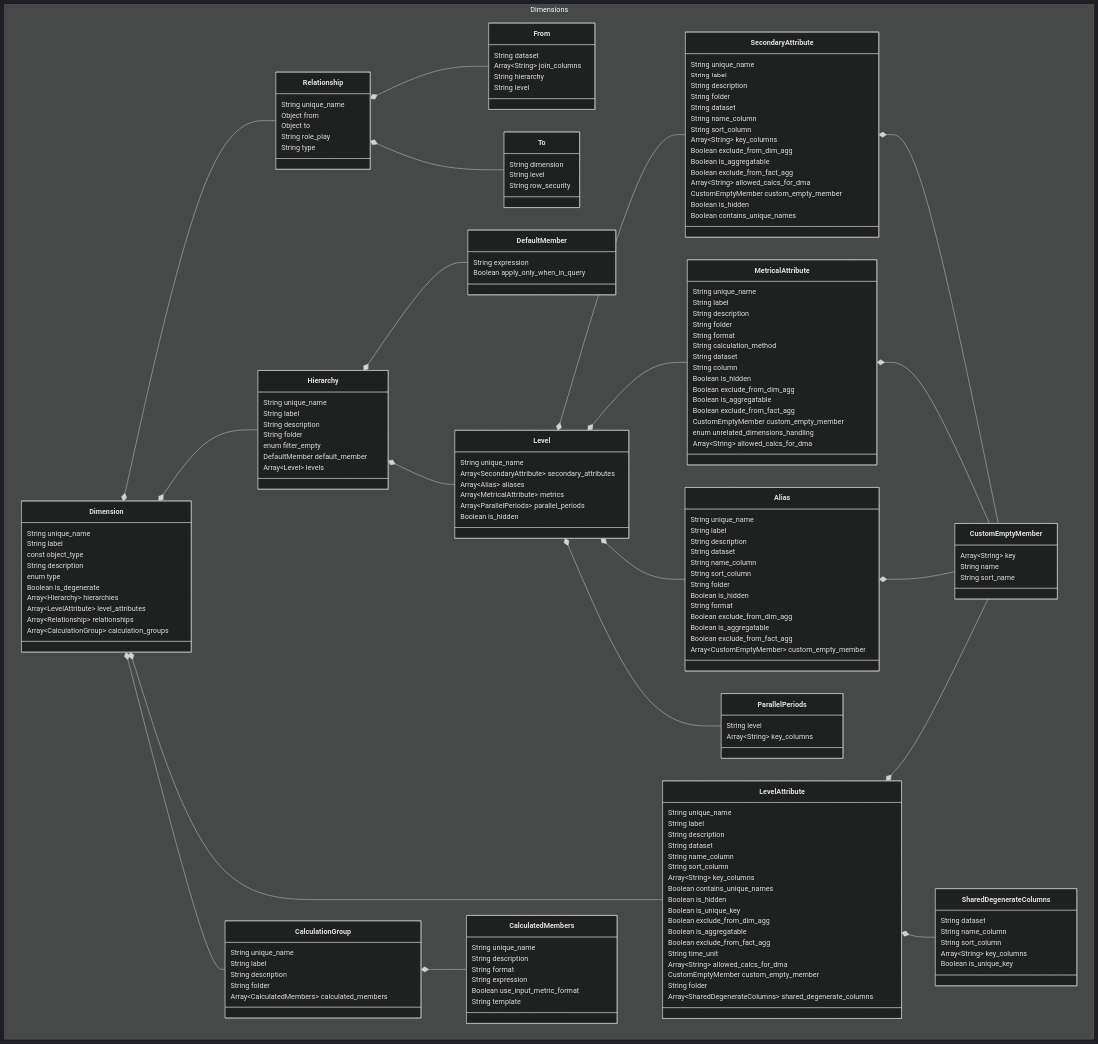
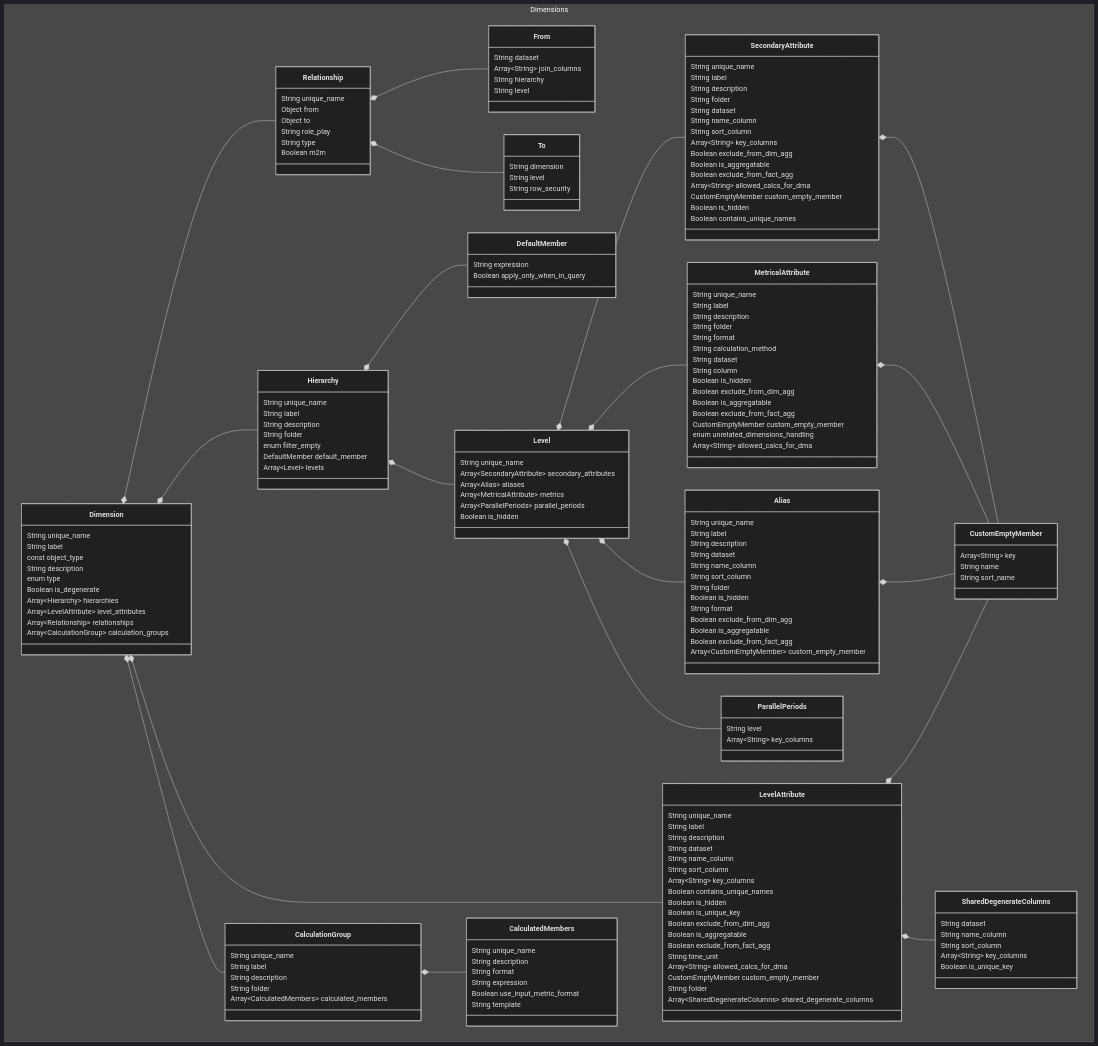
The diagram in sml-reference/dimension.md (semanticdatalayer/SML), drawn with Mermaid (dark theme) before and after one commit. The commit also changed other lines of this file, not shown here.

```diff
--- a/sml-reference/dimension.md
+++ b/sml-reference/dimension.md
@@ -185,6 +185,7 @@
       Object to
       String role_play
       String type
+      Boolean m2m
     }
     class From{
       String dataset
```
